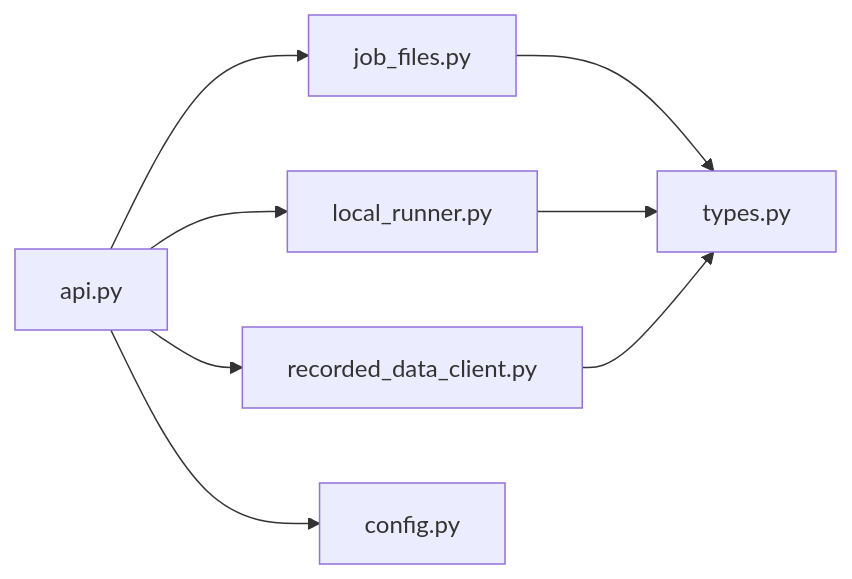
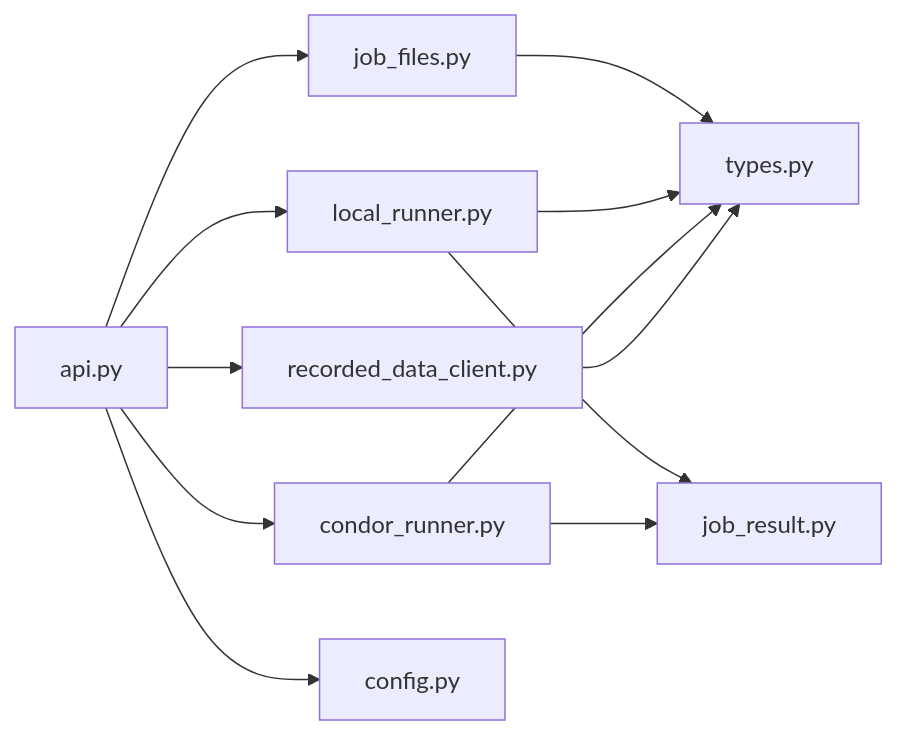
Before and after one commit to YS-Pan/yadof: the second of 5 diagrams in dev_doc/architecture/c4_component.md, drawn with Mermaid. The commit also changed other lines of this file and 35 other files, not shown here.

````diff
--- a/dev_doc/architecture/c4_component.md
+++ b/dev_doc/architecture/c4_component.md
@@ -25,10 +25,14 @@
 ```mermaid
 flowchart LR
     EvalAPI["api.py"] --> JobFiles["job_files.py"]
     EvalAPI --> LocalRunner["local_runner.py"]
+    EvalAPI --> CondorRunner["condor_runner.py"]
     EvalAPI --> RDClient["recorded_data_client.py"]
+    LocalRunner --> JobResult["job_result.py"]
+    CondorRunner --> JobResult
     JobFiles --> Types["types.py"]
     LocalRunner --> Types
+    CondorRunner --> Types
     RDClient --> Types
     EvalAPI --> EvalConfig["config.py"]
 ```
````
